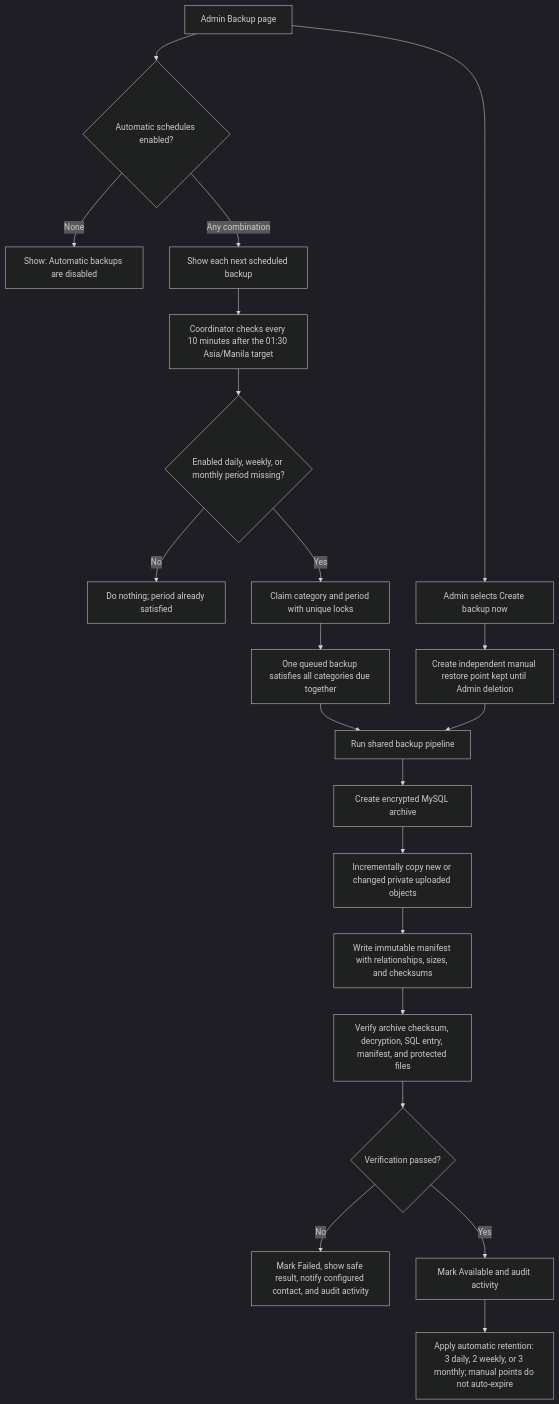
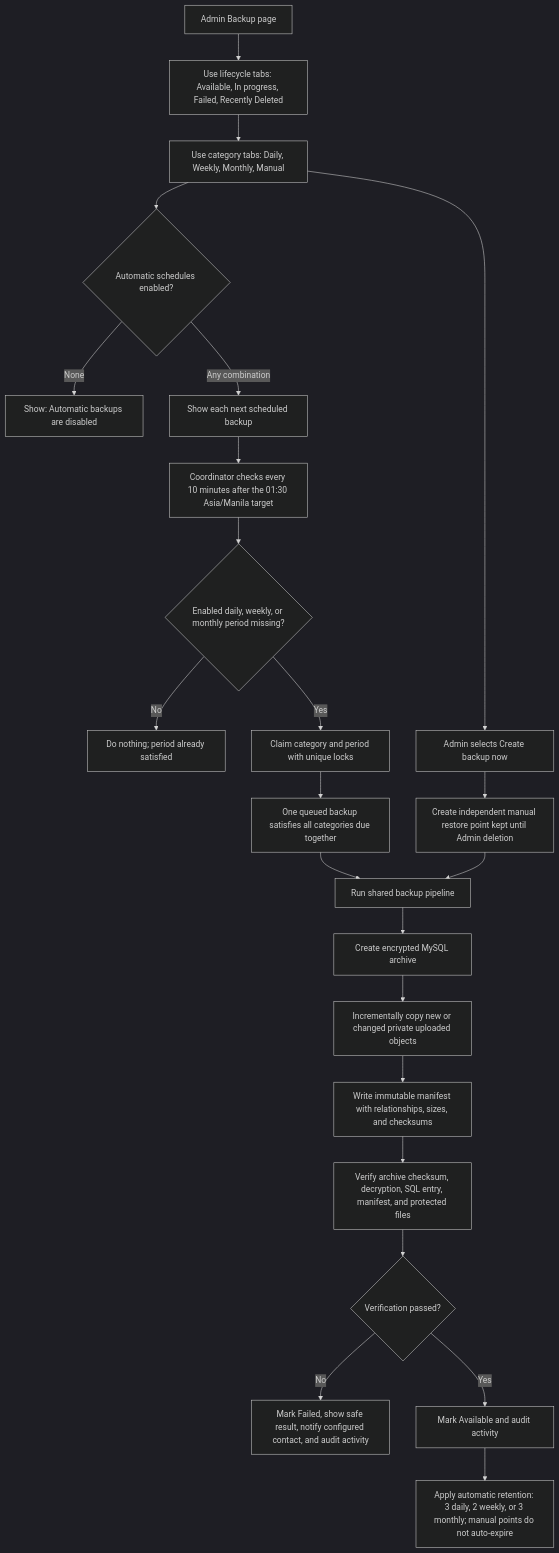
One commit to ja2gc/Nutriscope changed the first of 4 diagrams in docs/modules/Flowcharts/Backup and Recovery.md. Above: the diagram before and after it, drawn with Mermaid (dark theme). The commit also changed other lines of this file and 7 other files, not shown here.

````diff
--- a/docs/modules/Flowcharts/Backup and Recovery.md
+++ b/docs/modules/Flowcharts/Backup and Recovery.md
@@ -7,23 +7,25 @@
 ```mermaid
 flowchart TD
-    A["Admin Backup page"] --> B{"Automatic schedules enabled?"}
+    A["Admin Backup page"] --> A1["Use lifecycle tabs: Available, In progress, Failed, Recently Deleted"]
+    A1 --> A2["Use category tabs: Daily, Weekly, Monthly, Manual"]
+    A2 --> B{"Automatic schedules enabled?"}
     B -->|"None"| C["Show: Automatic backups are disabled"]
     B -->|"Any combination"| D["Show each next scheduled backup"]
     D --> E["Coordinator checks every 10 minutes after the 01:30 Asia/Manila target"]
     E --> F{"Enabled daily, weekly, or monthly period missing?"}
     F -->|"No"| G["Do nothing; period already satisfied"]
     F -->|"Yes"| H["Claim category and period with unique locks"]
     H --> I["One queued backup satisfies all categories due together"]
-    A --> J["Admin selects Create backup now"]
+    A2 --> J["Admin selects Create backup now"]
     J --> K["Create independent manual restore point kept until Admin deletion"]
     I --> L["Run shared backup pipeline"]
     K --> L
     L --> M["Create encrypted MySQL archive"]
     M --> N["Incrementally copy new or changed private uploaded objects"]
     N --> O["Write immutable manifest with relationships, sizes, and checksums"]
     O --> P["Verify archive checksum, decryption, SQL entry, manifest, and protected files"]
     P --> Q{"Verification passed?"}
     Q -->|"No"| R["Mark Failed, show safe result, notify configured contact, and audit activity"]
     Q -->|"Yes"| S["Mark Available and audit activity"]
     S --> T["Apply automatic retention: 3 daily, 2 weekly, or 3 monthly; manual points do not auto-expire"]
 ```
````
